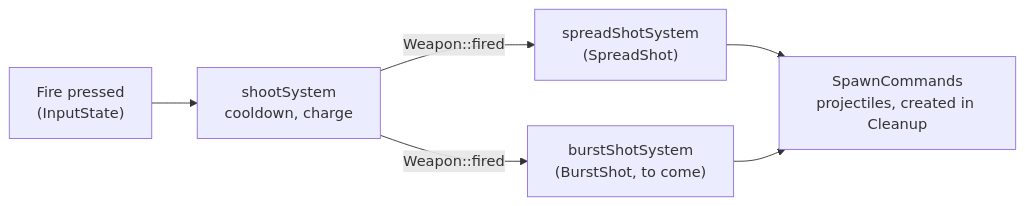
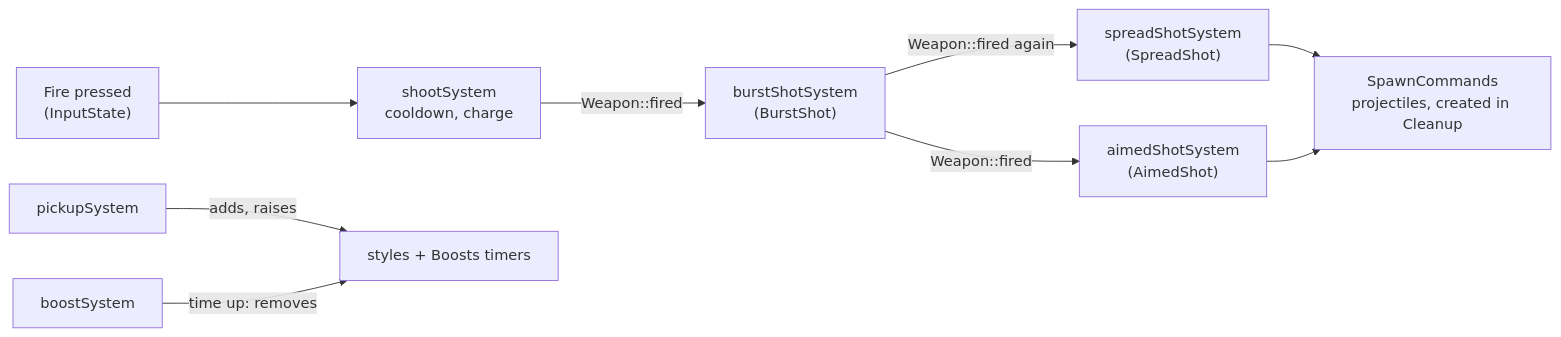
Before and after one commit to T3a1/RType-mirror: the diagram in docs/WEAPONS.md, drawn with Mermaid. The commit also changed other lines of this file and 2 other files, not shown here.

First line of the commit message:
(architecture) docs: timed power-ups

````diff
--- a/docs/WEAPONS.md
+++ b/docs/WEAPONS.md
@@ -70,8 +86,11 @@
 ```mermaid
 flowchart LR
     input["Fire pressed<br/>(InputState)"] --> shoot["shootSystem<br/>cooldown, charge"]
-    shoot -- "Weapon::fired" --> spread["spreadShotSystem<br/>(SpreadShot)"]
-    shoot -- "Weapon::fired" --> other["burstShotSystem<br/>(BurstShot, to come)"]
+    shoot -- "Weapon::fired" --> burst["burstShotSystem<br/>(BurstShot)"]
+    burst -- "Weapon::fired again" --> spread["spreadShotSystem<br/>(SpreadShot)"]
+    burst -- "Weapon::fired" --> aimed["aimedShotSystem<br/>(AimedShot)"]
     spread --> commands["SpawnCommands<br/>projectiles, created in Cleanup"]
-    other --> commands
+    aimed --> commands
+    pickup["pickupSystem"] -- "adds, raises" --> styles["styles + Boosts timers"]
+    boost["boostSystem"] -- "time up: removes" --> styles
 ```
````
